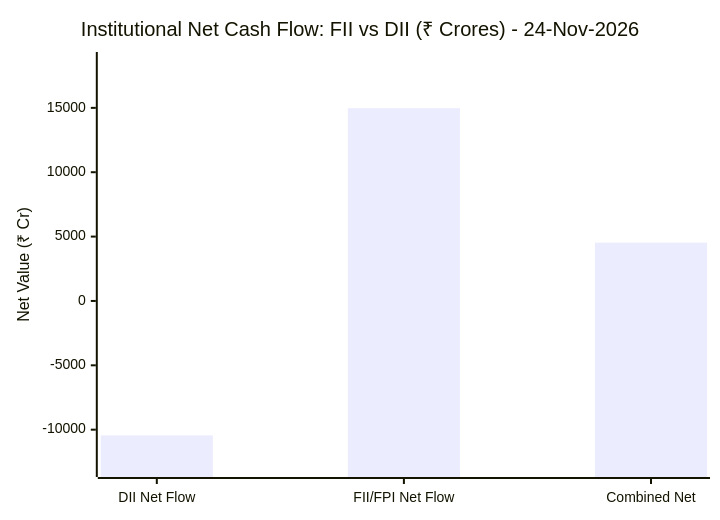
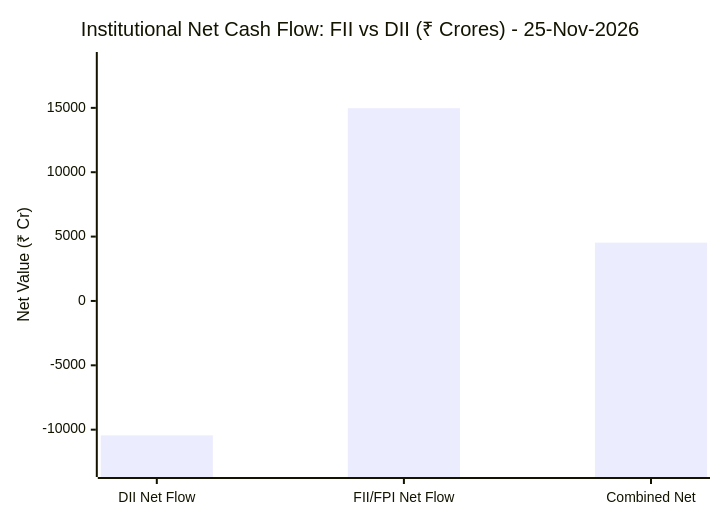
The diagram in market-intelligence/README.md (purnareddy9/dev), drawn with Mermaid before and after one commit. The commit also changed other lines of this file and 4 other files, not shown here.

````diff
--- a/market-intelligence/README.md
+++ b/market-intelligence/README.md
@@ -65,7 +65,7 @@
 ```mermaid
 xychart-beta
-    title "Institutional Net Cash Flow: FII vs DII (₹ Crores) - 24-Nov-2026"
+    title "Institutional Net Cash Flow: FII vs DII (₹ Crores) - 25-Nov-2026"
     x-axis ["DII Net Flow", "FII/FPI Net Flow", "Combined Net"]
     y-axis "Net Value (₹ Cr)" -13055 --> 18718
     bar [-10444.54, 14974.68, 4530.14]
 ```
````
